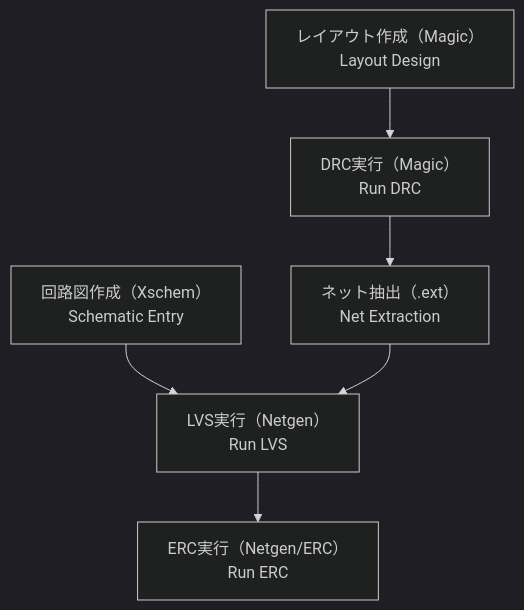
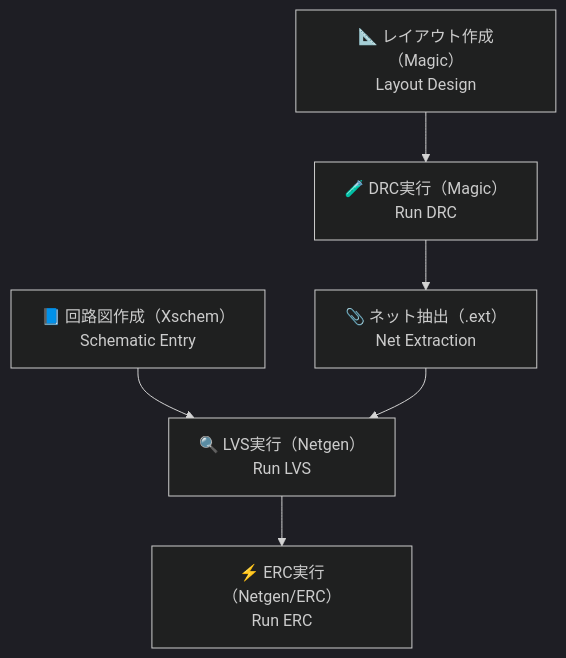
One commit to Samizo-AITL/Edusemi-v4x changed the diagram in d_chapter6_pdk_and_eda_environment/rule_check_flow.md. Above: the diagram before and after it, drawn with Mermaid (dark theme). The commit also changed other lines of this file, not shown here.

````diff
--- a/d_chapter6_pdk_and_eda_environment/rule_check_flow.md
+++ b/d_chapter6_pdk_and_eda_environment/rule_check_flow.md
@@ -35,12 +38,12 @@
 ```mermaid
 graph TD
-    A[回路図作成（Xschem）<br>Schematic Entry]
-    B[レイアウト作成（Magic）<br>Layout Design]
-    C[DRC実行（Magic）<br>Run DRC]
-    D[ネット抽出（.ext）<br>Net Extraction]
-    E[LVS実行（Netgen）<br>Run LVS]
-    F[ERC実行（Netgen/ERC）<br>Run ERC]
+    A[📘 回路図作成（Xschem）<br>Schematic Entry]
+    B[📐 レイアウト作成（Magic）<br>Layout Design]
+    C[🧪 DRC実行（Magic）<br>Run DRC]
+    D[📎 ネット抽出（.ext）<br>Net Extraction]
+    E[🔍 LVS実行（Netgen）<br>Run LVS]
+    F[⚡ ERC実行（Netgen/ERC）<br>Run ERC]
 
     A --> E
     B --> C --> D --> E --> F
 ```
````
